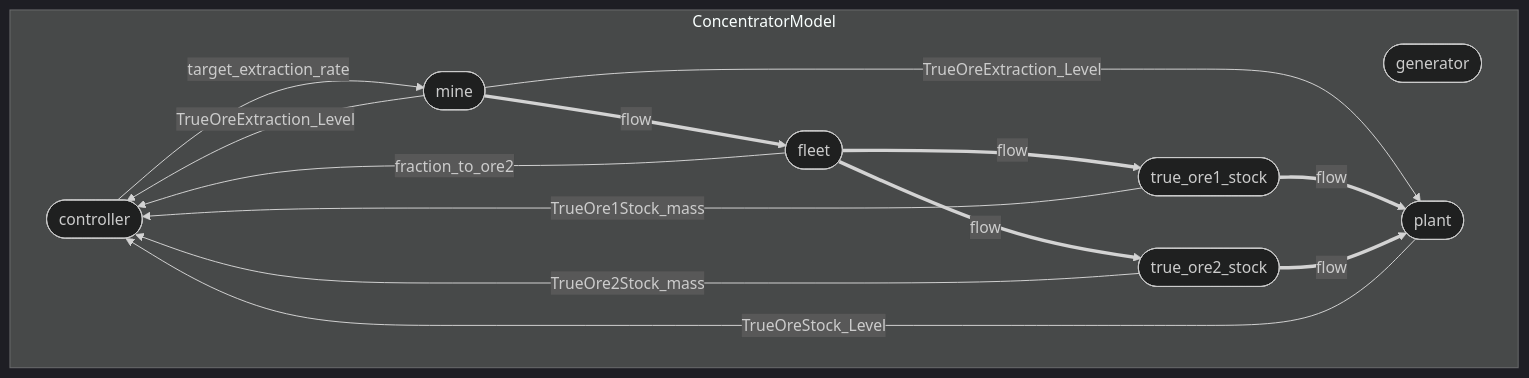
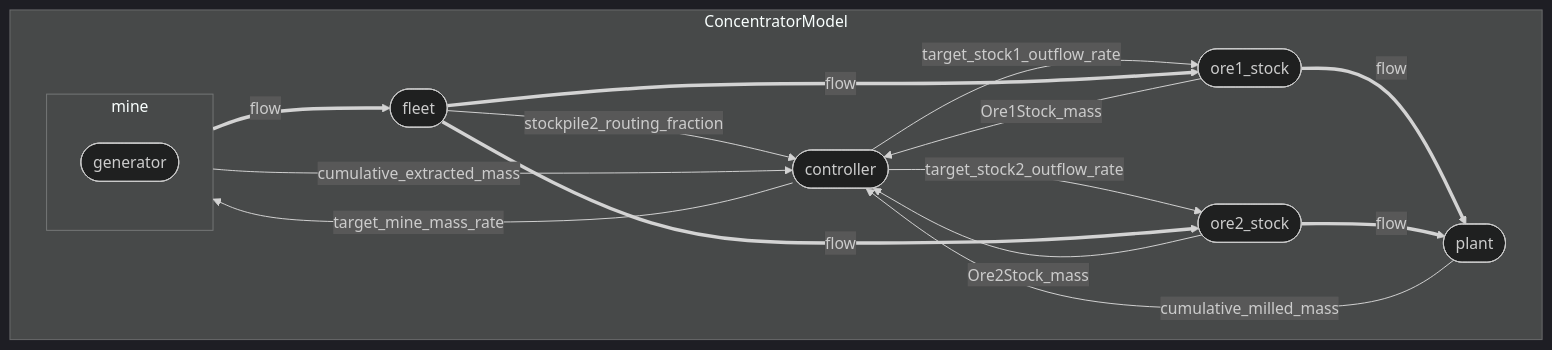
One commit to pirateJiang/mining-drs changed the diagram in Concentrator_Module_Graph.md. Above: the diagram before and after it, drawn with Mermaid (dark theme). The commit also changed other lines of this file and 23 other files, not shown here.

````diff
--- a/Concentrator_Module_Graph.md
+++ b/Concentrator_Module_Graph.md
@@ -20,24 +20,26 @@
 ```mermaid
 flowchart TD
 subgraph root["ConcentratorModel"]
-    generator(["generator"])
-    mine(["mine"])
+    subgraph mine["mine"]
+        mine_generator(["generator"])
+    end
     fleet(["fleet"])
-    true_ore1_stock(["true_ore1_stock"])
-    true_ore2_stock(["true_ore2_stock"])
+    ore1_stock(["ore1_stock"])
+    ore2_stock(["ore2_stock"])
     plant(["plant"])
     controller(["controller"])
 end
-    controller -->|target_extraction_rate| mine
-    mine -->|TrueOreExtraction_Level| plant
-    mine -->|TrueOreExtraction_Level| controller
-    true_ore1_stock -->|TrueOre1Stock_mass| controller
-    true_ore2_stock -->|TrueOre2Stock_mass| controller
-    plant -->|TrueOreStock_Level| controller
-    fleet -->|fraction_to_ore2| controller
+    controller -->|target_mine_mass_rate| mine
+    controller -->|target_stock1_outflow_rate| ore1_stock
+    controller -->|target_stock2_outflow_rate| ore2_stock
+    mine -->|cumulative_extracted_mass| controller
+    plant -->|cumulative_milled_mass| controller
+    ore1_stock -->|Ore1Stock_mass| controller
+    ore2_stock -->|Ore2Stock_mass| controller
+    fleet -->|stockpile2_routing_fraction| controller
     mine ==>|flow| fleet
-    fleet ==>|flow| true_ore1_stock
-    fleet ==>|flow| true_ore2_stock
-    true_ore1_stock ==>|flow| plant
-    true_ore2_stock ==>|flow| plant
+    fleet ==>|flow| ore1_stock
+    fleet ==>|flow| ore2_stock
+    ore1_stock ==>|flow| plant
+    ore2_stock ==>|flow| plant
 ```
````
